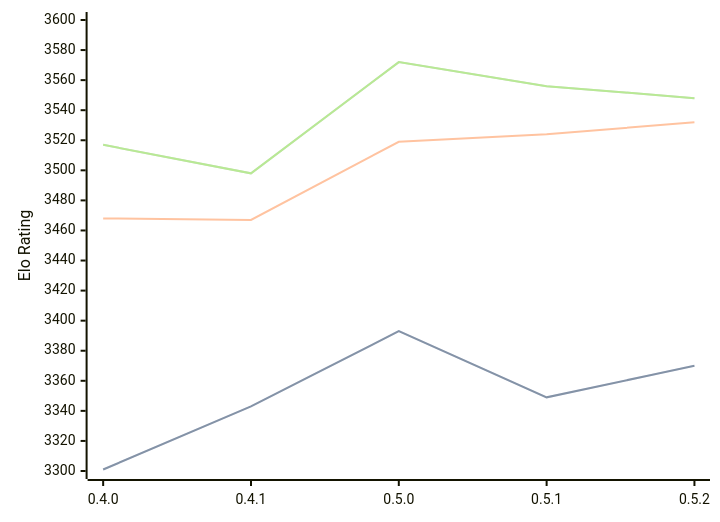
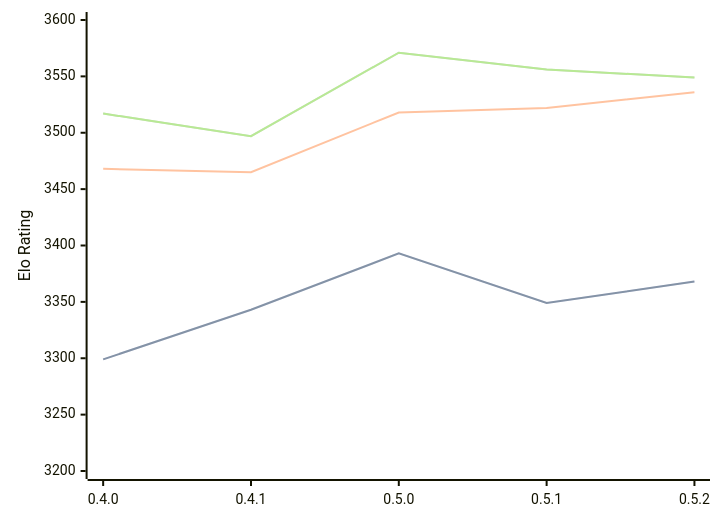
The diagram in engines/Cinder.md (computer-chess-index/cci), drawn with Mermaid before and after one commit. The commit also changed other lines of this file, not shown here.

Commit message:
Update CCI Ratings (ELO VLTC) - 2026-08-02

````diff
--- a/engines/Cinder.md
+++ b/engines/Cinder.md
@@ -43,11 +43,11 @@
 ```mermaid
 %%{init: {"theme":"base","themeVariables":{"seriesColors:['#a3a3a3','#222221','#faa371']}}}%%
 xychart-beta
   x-axis ["0.4.0", "0.4.1", "0.5.0", "0.5.1", "0.5.2"]
-  y-axis "Elo Rating" 3300 --> 3600
-  line "STC (8.0+0.08s)" [3301, 3343, 3393, 3349, 3370]
-  line "STC (8.0+0.08s)" [3301, 3343, 3393, 3349, 3370]
-  line "LTC (60.0+0.60s)" [3468, 3467, 3519, 3524, 3532]
-  line "VLTC (2m24s+1.12s)" [3517, 3498, 3572, 3556, 3548]
-  line "VLTC (2m24s+1.12s)" [3517, 3498, 3572, 3556, 3548]
+  y-axis "Elo Rating" 3200 --> 3600
+  line "STC (8.0+0.08s)" [3299, 3343, 3393, 3349, 3368]
+  line "STC (8.0+0.08s)" [3299, 3343, 3393, 3349, 3368]
+  line "LTC (60.0+0.60s)" [3468, 3465, 3518, 3522, 3536]
+  line "VLTC (2m24s+1.12s)" [3517, 3497, 3571, 3556, 3549]
+  line "VLTC (2m24s+1.12s)" [3517, 3497, 3571, 3556, 3549]
 ```
````
